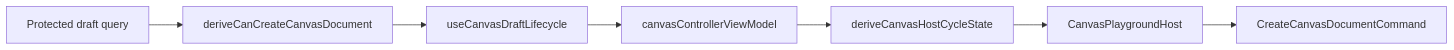
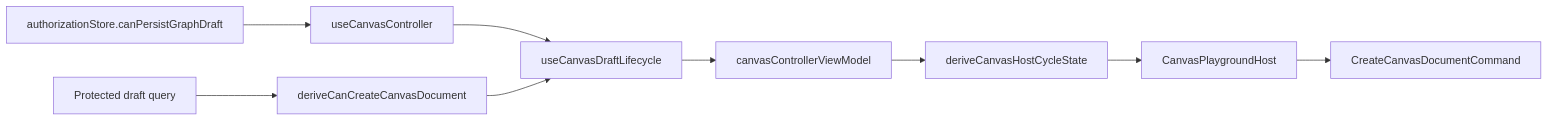
The second of 2 diagrams in docs/architecture/components/web/graph/canvas-first-canvas-creation-capability-component.md (dunay2/dvt), drawn with Mermaid before and after one commit. The commit also changed other lines of this file and 29 other files, not shown here.

Commit message:
fix(web): Separate canvas draft persistence authority

````diff
--- a/docs/architecture/components/web/graph/canvas-first-canvas-creation-capability-component.md
+++ b/docs/architecture/components/web/graph/canvas-first-canvas-creation-capability-component.md
@@ -54,17 +62,21 @@
 ```mermaid
 flowchart LR
   Query["Protected draft query"]
+  Auth["authorizationStore.canPersistGraphDraft"]
+  Controller["useCanvasController"]
   Policy["deriveCanCreateCanvasDocument"]
   Lifecycle["useCanvasDraftLifecycle"]
-  Controller["canvasControllerViewModel"]
+  ViewModel["canvasControllerViewModel"]
   HostCycle["deriveCanvasHostCycleState"]
   Host["CanvasPlaygroundHost"]
   Command["CreateCanvasDocumentCommand"]
 
   Query --> Policy
+  Auth --> Controller
+  Controller --> Lifecycle
   Policy --> Lifecycle
-  Lifecycle --> Controller
-  Controller --> HostCycle
+  Lifecycle --> ViewModel
+  ViewModel --> HostCycle
   HostCycle --> Host
   Host --> Command
 ```
````
